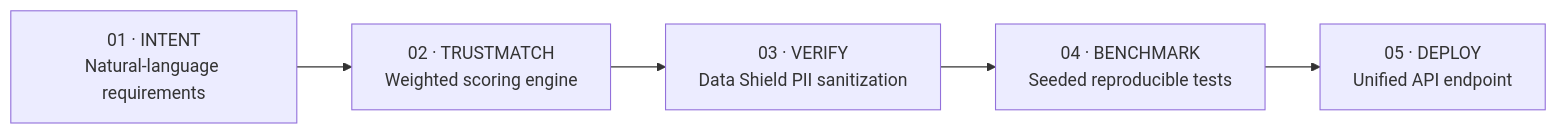
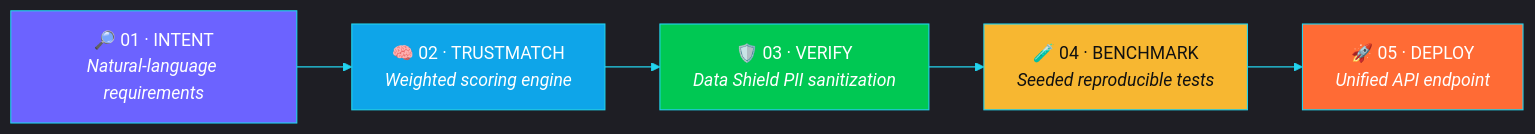
The first of 2 diagrams in README.md (Jeevandeep2/modeltrust-exchange), drawn with Mermaid before and after one commit. The commit also changed other lines of this file, not shown here.

````diff
--- a/README.md
+++ b/README.md
@@ -102,7 +126,13 @@
 ```mermaid
+%%{init: {'theme':'dark', 'themeVariables': { 'primaryColor':'#6C63FF', 'primaryTextColor':'#fff', 'primaryBorderColor':'#22D3EE', 'lineColor':'#22D3EE', 'secondaryColor':'#0EA5E9', 'tertiaryColor':'#1e293b'}}}%%
 flowchart LR
-    A["01 · INTENT<br/>Natural-language requirements"] --> B["02 · TRUSTMATCH<br/>Weighted scoring engine"]
-    B --> C["03 · VERIFY<br/>Data Shield PII sanitization"]
-    C --> D["04 · BENCHMARK<br/>Seeded reproducible tests"]
-    D --> E["05 · DEPLOY<br/>Unified API endpoint"]
+    A["🔎 01 · INTENT<br/><i>Natural-language requirements</i>"] --> B["🧠 02 · TRUSTMATCH<br/><i>Weighted scoring engine</i>"]
+    B --> C["🛡️ 03 · VERIFY<br/><i>Data Shield PII sanitization</i>"]
+    C --> D["🧪 04 · BENCHMARK<br/><i>Seeded reproducible tests</i>"]
+    D --> E["🚀 05 · DEPLOY<br/><i>Unified API endpoint</i>"]
+    style A fill:#6C63FF,stroke:#22D3EE,color:#fff
+    style B fill:#0EA5E9,stroke:#22D3EE,color:#fff
+    style C fill:#00C853,stroke:#22D3EE,color:#fff
+    style D fill:#F7B731,stroke:#22D3EE,color:#111
+    style E fill:#FF6B35,stroke:#22D3EE,color:#fff
 ```
````
